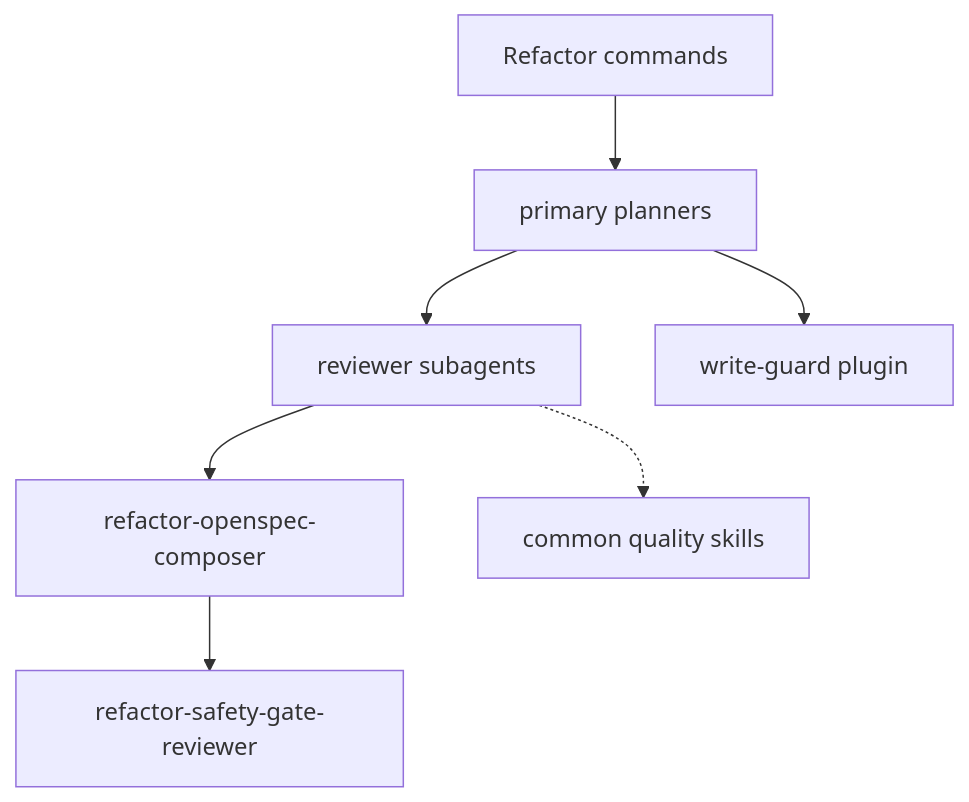
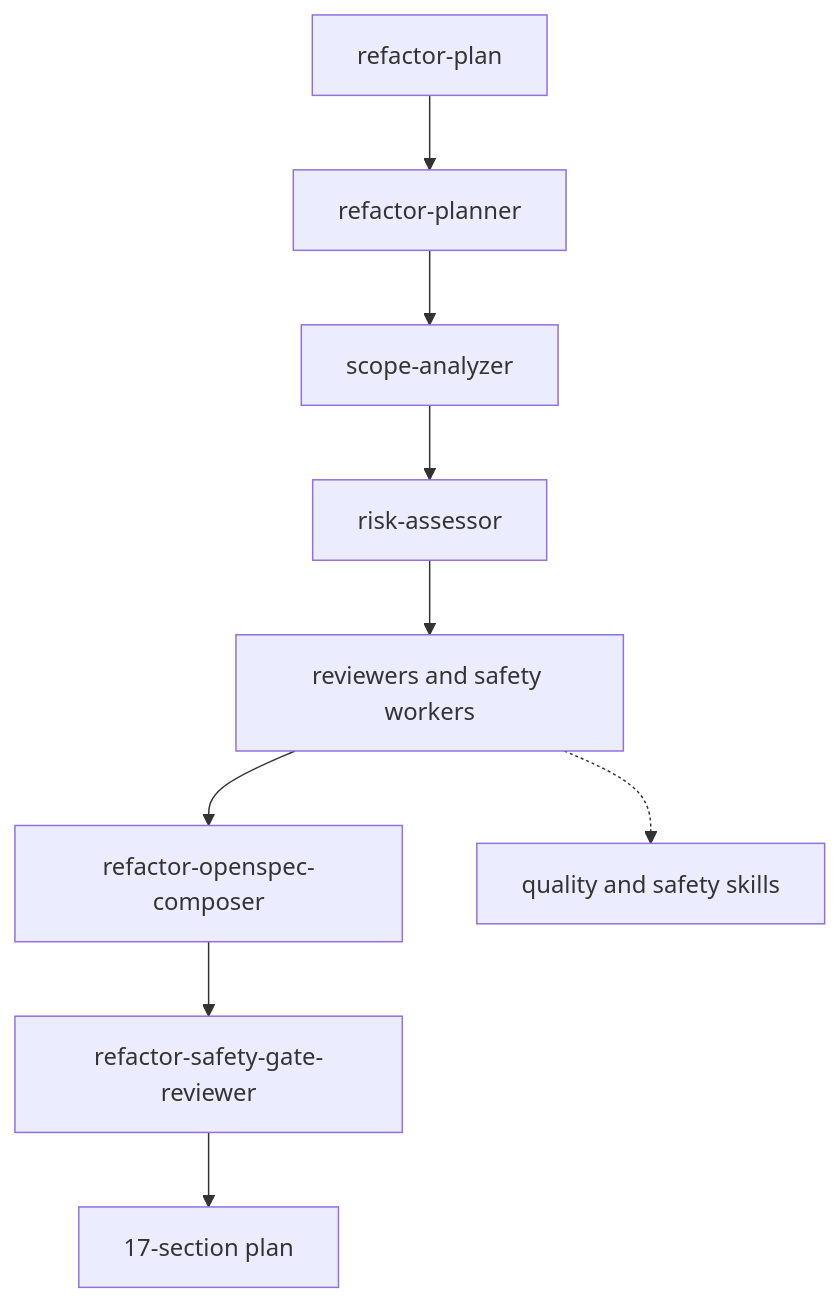
One commit to andresnator/agents-orchestrator changed the diagram in domains/refactor/README.md. Above: the diagram before and after it, drawn with Mermaid. The commit also changed other lines of this file and 20 other files, not shown here.

````diff
--- a/domains/refactor/README.md
+++ b/domains/refactor/README.md
@@ -9,9 +9,11 @@
 ```mermaid
 graph TD
-  commands[Refactor commands] --> planners[primary planners]
-  planners --> reviewers[reviewer subagents]
+  command[refactor-plan] --> planner[refactor-planner]
+  planner --> scope[scope-analyzer]
+  scope --> risk[risk-assessor]
+  risk --> reviewers[reviewers and safety workers]
   reviewers --> composer[refactor-openspec-composer]
   composer --> safety[refactor-safety-gate-reviewer]
-  planners --> plugin[write-guard plugin]
-  reviewers -.-> common[common quality skills]
+  safety --> plan[17-section plan]
+  reviewers -.-> skills[quality and safety skills]
 ```
````
